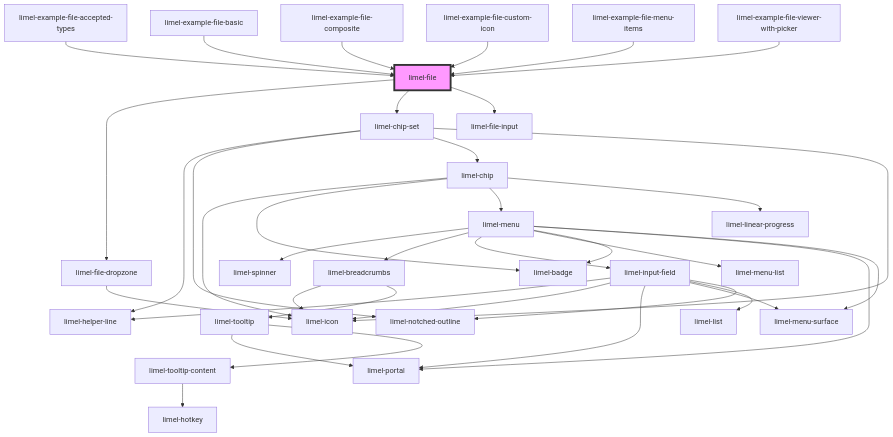
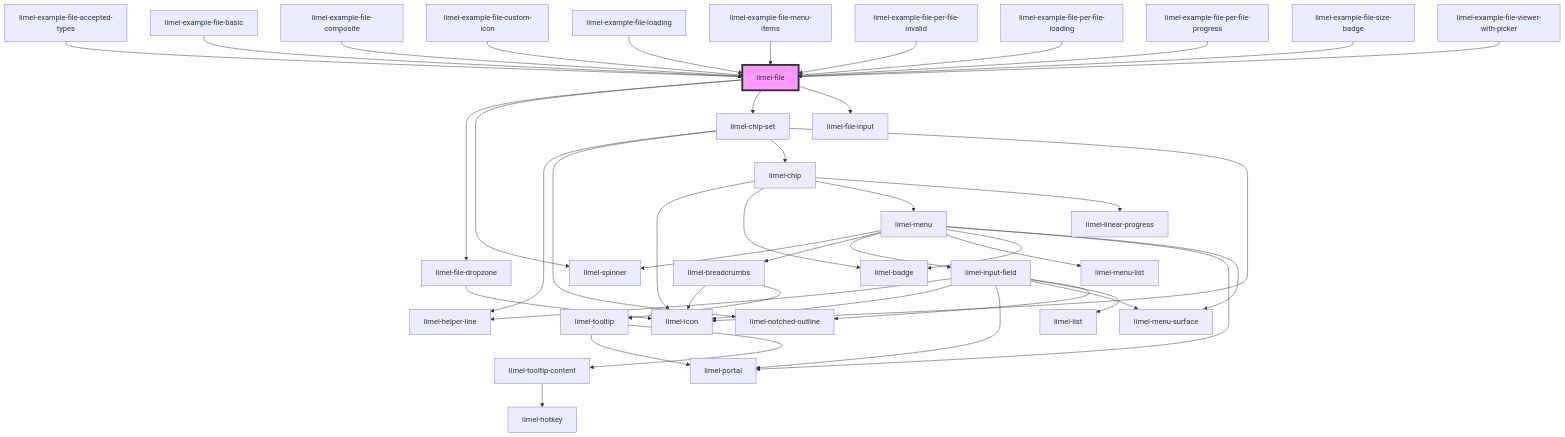
The diagram in versions/PR-4145/markdown-docs/components/file/readme.md (Lundalogik/lime-elements), drawn with Mermaid before and after one commit. The commit also changed other lines of this file and 448 other files, not shown here.

````diff
--- a/versions/PR-4145/markdown-docs/components/file/readme.md
+++ b/versions/PR-4145/markdown-docs/components/file/readme.md
@@ -75,40 +83,46 @@
 ```mermaid
 graph TD;
   limel-file --> limel-file-dropzone
+  limel-file --> limel-spinner
   limel-file --> limel-chip-set
   limel-file --> limel-file-input
   limel-file-dropzone --> limel-icon
   limel-chip-set --> limel-helper-line
   limel-chip-set --> limel-notched-outline
   limel-chip-set --> limel-chip
   limel-chip-set --> limel-icon
   limel-chip --> limel-icon
   limel-chip --> limel-badge
   limel-chip --> limel-menu
   limel-chip --> limel-linear-progress
   limel-menu --> limel-spinner
   limel-menu --> limel-breadcrumbs
   limel-menu --> limel-input-field
   limel-menu --> limel-menu-list
   limel-menu --> limel-badge
   limel-menu --> limel-portal
   limel-menu --> limel-menu-surface
   limel-breadcrumbs --> limel-icon
   limel-breadcrumbs --> limel-tooltip
   limel-tooltip --> limel-portal
   limel-tooltip --> limel-tooltip-content
   limel-tooltip-content --> limel-hotkey
   limel-input-field --> limel-helper-line
   limel-input-field --> limel-icon
   limel-input-field --> limel-portal
   limel-input-field --> limel-menu-surface
   limel-input-field --> limel-list
   limel-input-field --> limel-notched-outline
   limel-example-file-accepted-types --> limel-file
   limel-example-file-basic --> limel-file
   limel-example-file-composite --> limel-file
   limel-example-file-custom-icon --> limel-file
+  limel-example-file-loading --> limel-file
   limel-example-file-menu-items --> limel-file
+  limel-example-file-per-file-invalid --> limel-file
+  limel-example-file-per-file-loading --> limel-file
+  limel-example-file-per-file-progress --> limel-file
+  limel-example-file-size-badge --> limel-file
   limel-example-file-viewer-with-picker --> limel-file
   style limel-file fill:#f9f,stroke:#333,stroke-width:4px
 ```
````
